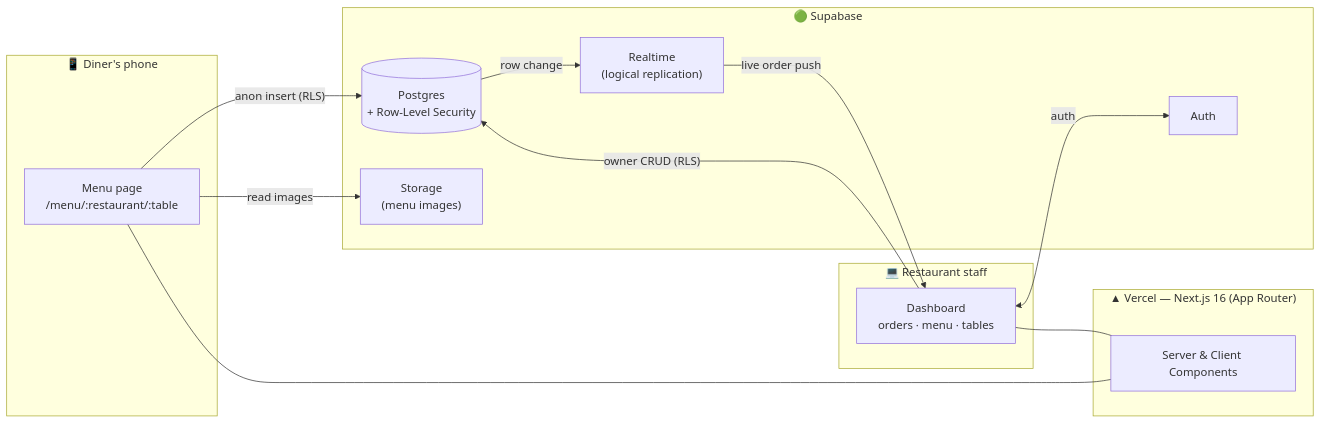
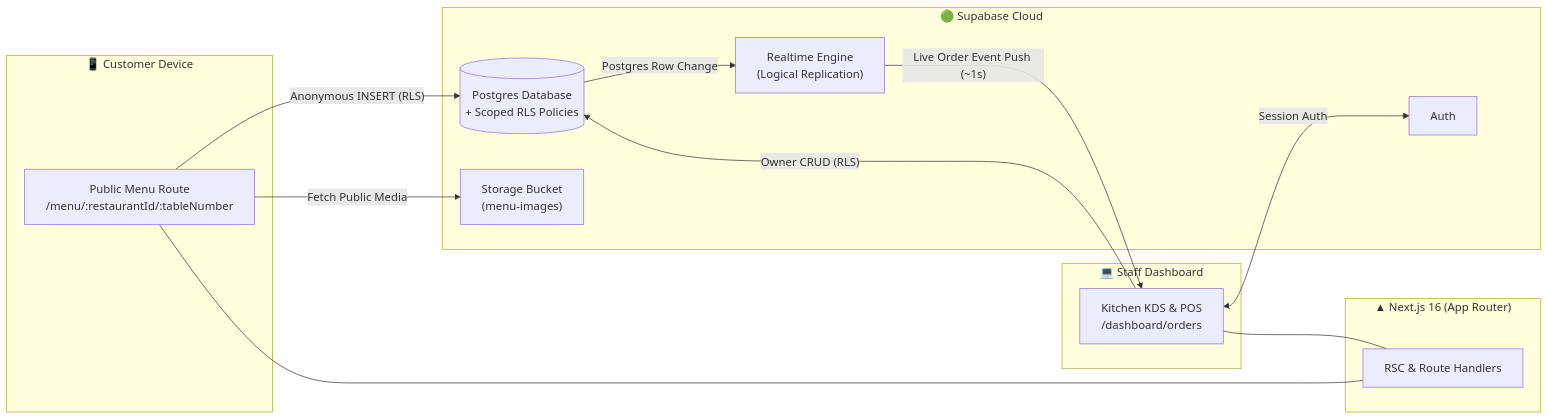
The diagram in README.md (JoswinLynel/SERV---Restaurant-OS), drawn with Mermaid before and after one commit. The commit also changed other lines of this file, not shown here.

Commit message:
Create new comprehensive README for SERVÉ Restaurant OS

````diff
--- a/README.md
+++ b/README.md
@@ -44,26 +59,26 @@
 ```mermaid
 flowchart LR
-    subgraph Diner["📱 Diner's phone"]
-        M["Menu page<br/>/menu/:restaurant/:table"]
+    subgraph Client["📱 Customer Device"]
+        M["Public Menu Route<br/>/menu/:restaurantId/:tableNumber"]
     end
-    subgraph Staff["💻 Restaurant staff"]
-        D["Dashboard<br/>orders · menu · tables"]
+    subgraph Staff["💻 Staff Dashboard"]
+        D["Kitchen KDS & POS<br/>/dashboard/orders"]
     end
-    subgraph Vercel["▲ Vercel — Next.js 16 (App Router)"]
-        RSC["Server & Client Components"]
+    subgraph NextServer["▲ Next.js 16 (App Router)"]
+        SSR["RSC & Route Handlers"]
     end
-    subgraph Supabase["🟢 Supabase"]
-        PG[("Postgres<br/>+ Row-Level Security")]
-        RT["Realtime<br/>(logical replication)"]
-        ST["Storage<br/>(menu images)"]
+    subgraph Cloud["🟢 Supabase Cloud"]
+        DB[("Postgres Database<br/>+ Scoped RLS Policies")]
+        RT["Realtime Engine<br/>(Logical Replication)"]
+        ST["Storage Bucket<br/>(menu-images)"]
         AU["Auth"]
     end
 
-    M -->|"anon insert (RLS)"| PG
-    D -->|"owner CRUD (RLS)"| PG
-    D <-->|"auth"| AU
-    PG -->|"row change"| RT
-    RT -->|"live order push"| D
-    M -->|"read images"| ST
-    M & D --- RSC
+    M -->|"Anonymous INSERT (RLS)"| DB
+    D -->|"Owner CRUD (RLS)"| DB
+    D <-->|"Session Auth"| AU
+    DB -->|"Postgres Row Change"| RT
+    RT -->|"Live Order Event Push (~1s)"| D
+    M -->|"Fetch Public Media"| ST
+    M & D --- SSR
 ```
````
